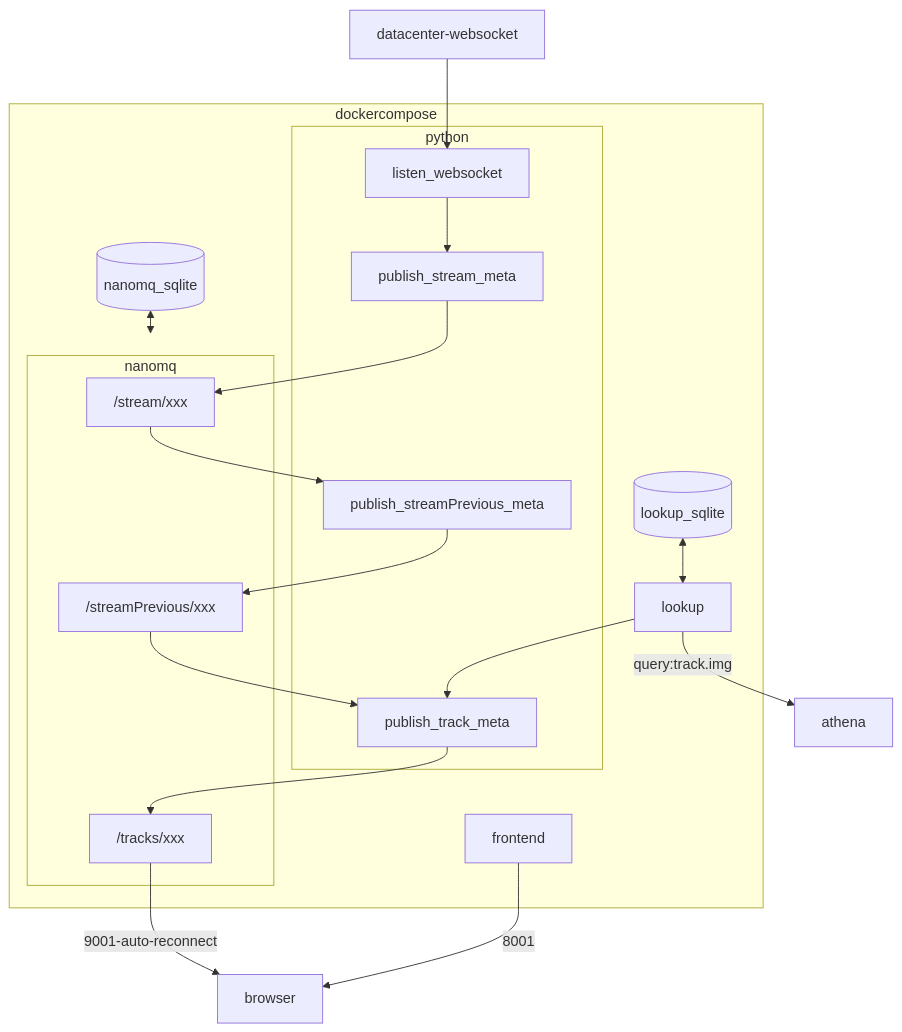
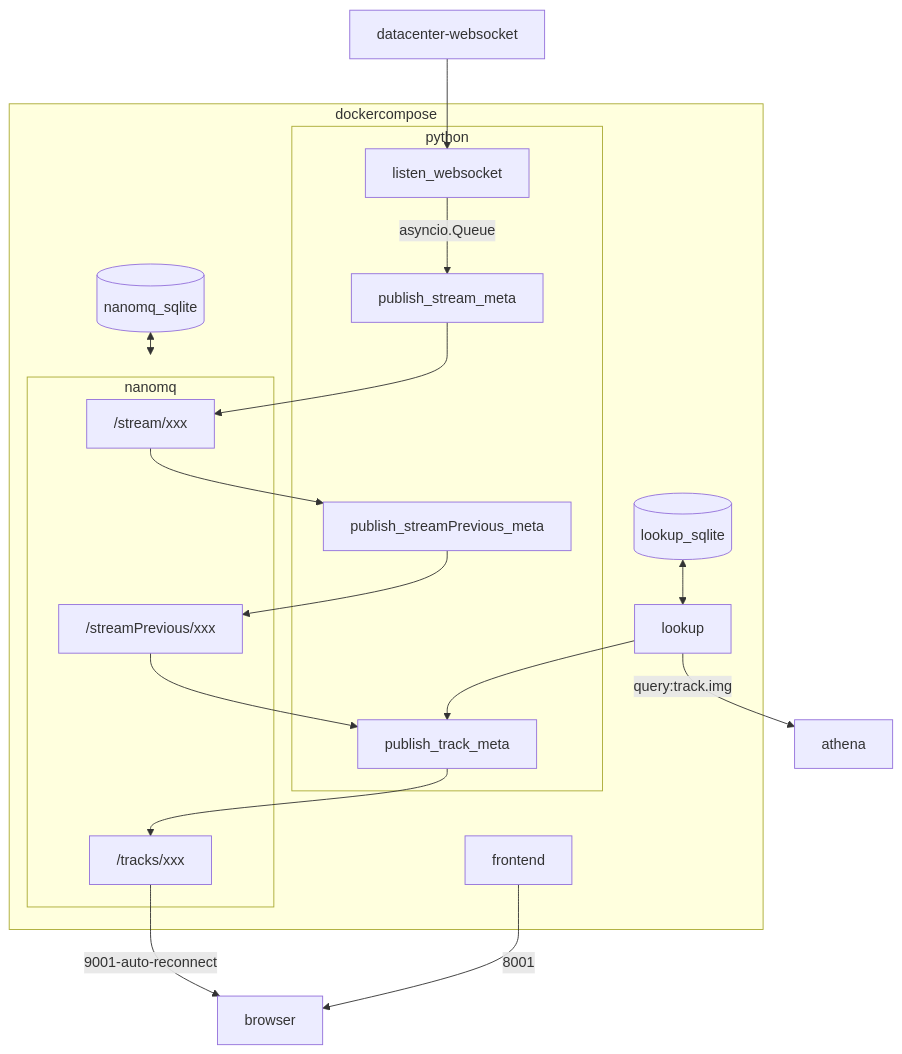
One commit to calaldees/globalLiveStreamMetadata changed the diagram in README.md. Above: the diagram before and after it, drawn with Mermaid. The commit also changed other lines of this file and 1 other file, not shown here.

````diff
--- a/README.md
+++ b/README.md
@@ -61,37 +61,37 @@
 ```mermaid
 graph TD
     datacenter-websocket
     athena
 
     datacenter-websocket --> listen_websocket
     lookup --query:track.img--> athena
 
     subgraph dockercompose
 
         lookup --> publish_track_meta
         frontend
 
         subgraph nanomq
             /stream/xxx
             /streamPrevious/xxx
             /tracks/xxx
         end
 
         subgraph python
             publish_track_meta
-            listen_websocket --> publish_stream_meta
+            listen_websocket --asyncio.Queue--> publish_stream_meta
             publish_stream_meta --> /stream/xxx
             /stream/xxx --> publish_streamPrevious_meta
             publish_streamPrevious_meta --> /streamPrevious/xxx
             /streamPrevious/xxx --> publish_track_meta
             publish_track_meta --> /tracks/xxx
         end
 
     nanomq_sqlite[(nanomq_sqlite)] <--> nanomq
     lookup_sqlite[(lookup_sqlite)] <--> lookup
 
     end
 
     frontend --8001--> browser
     /tracks/xxx --9001-auto-reconnect--> browser
 ```
````
